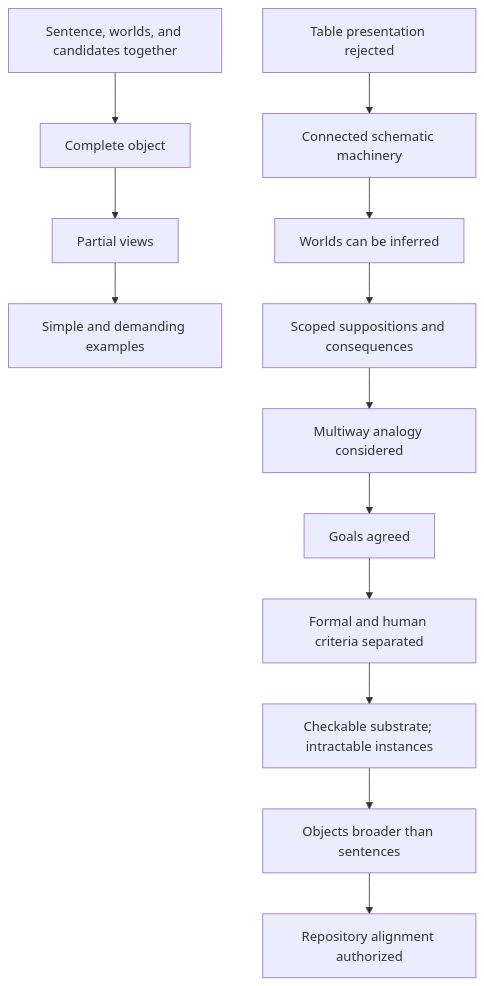
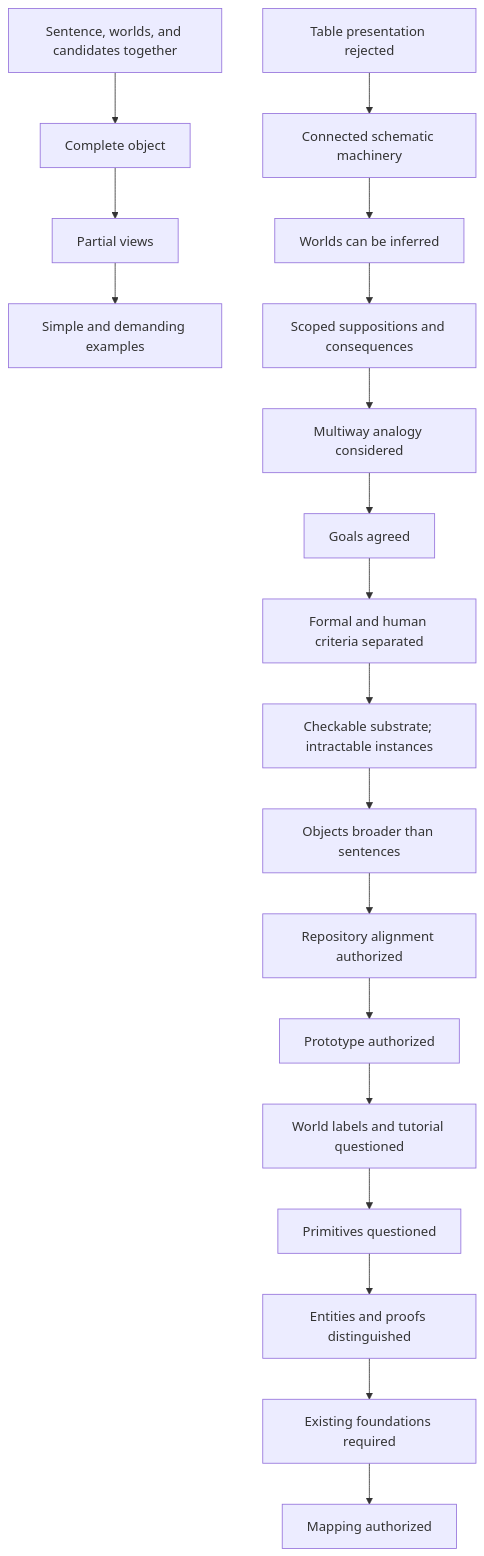
Before and after one commit to BrianMills2718/self-reference-diagrams: the diagram in docs/inquiry-trace.md, drawn with Mermaid. The commit also changed other lines of this file and 8 other files, not shown here.

````diff
--- a/docs/inquiry-trace.md
+++ b/docs/inquiry-trace.md
@@ -9,15 +9,21 @@
 ```mermaid
 flowchart TD
   Q01["Sentence, worlds, and candidates together"] --> Q02["Complete object"]
   Q02 --> Q03["Partial views"]
   Q03 --> Q04["Simple and demanding examples"]
   Q05["Table presentation rejected"] --> Q06["Connected schematic machinery"]
   Q06 --> Q07["Worlds can be inferred"]
   Q07 --> Q08["Scoped suppositions and consequences"]
   Q08 --> Q09["Multiway analogy considered"]
   Q09 --> Q10["Goals agreed"]
   Q10 --> Q11["Formal and human criteria separated"]
   Q11 --> Q12["Checkable substrate; intractable instances"]
   Q12 --> Q14["Objects broader than sentences"]
   Q14 --> Q15["Repository alignment authorized"]
+  Q15 --> Q16["Prototype authorized"]
+  Q16 --> Q17["World labels and tutorial questioned"]
+  Q17 --> Q18["Primitives questioned"]
+  Q18 --> Q19["Entities and proofs distinguished"]
+  Q19 --> Q20["Existing foundations required"]
+  Q20 --> Q21["Mapping authorized"]
 ```
````
